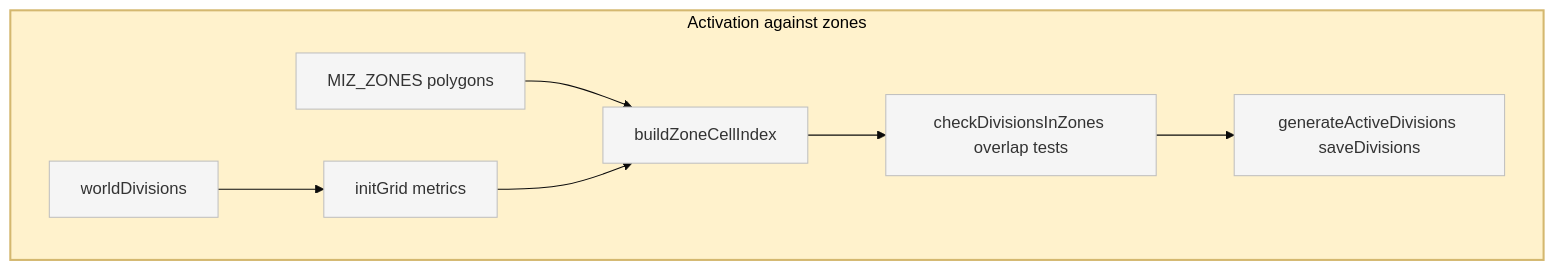
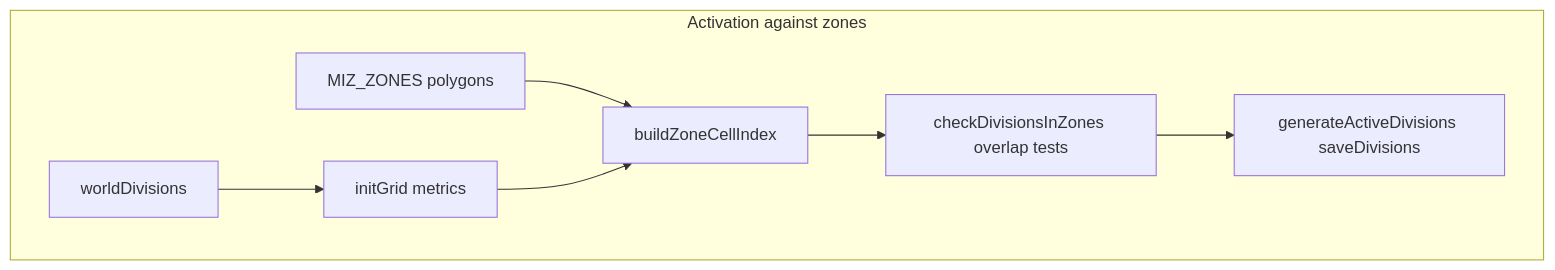
One commit to Gh0st352/AETHR changed the third of 3 diagrams in docs/config/world_bounds_and_divisions.md. Above: the diagram before and after it, drawn with Mermaid. The commit also changed other lines of this file and 8 other files, not shown here.

First line of the commit message:
docs(config): standardize Mermaid themes and class names

````diff
--- a/docs/config/world_bounds_and_divisions.md
+++ b/docs/config/world_bounds_and_divisions.md
@@ -71,15 +71,13 @@
 ```mermaid
-%%{init: {"theme":"base", "themeVariables":{"primaryColor":"#f5f5f5"}}}%%
+%% shared theme: docs/_mermaid/theme.json %%
 flowchart TB
-  subgraph ACTIVATION [Activation against zones]
-    style ACTIVATION fill:#fff2cc,stroke:#d4b86f,stroke-width:2px
+  subgraph ACTIVATION["Activation against zones"]
     DIVS[worldDivisions] --> GRID[initGrid metrics]
     ZONES[MIZ_ZONES polygons] --> INDEX[buildZoneCellIndex]
     GRID --> INDEX
     INDEX --> TEST[checkDivisionsInZones overlap tests]
     TEST --> ACTIVE[generateActiveDivisions saveDivisions]
   end
 
-  classDef node fill:#f5f5f5,stroke:#bfbfbf,stroke-width:1px
-  class DIVS,GRID,ZONES,INDEX,TEST,ACTIVE node
+  class DIVS,GRID,ZONES,INDEX,TEST,ACTIVE class_step;
 ```
````
